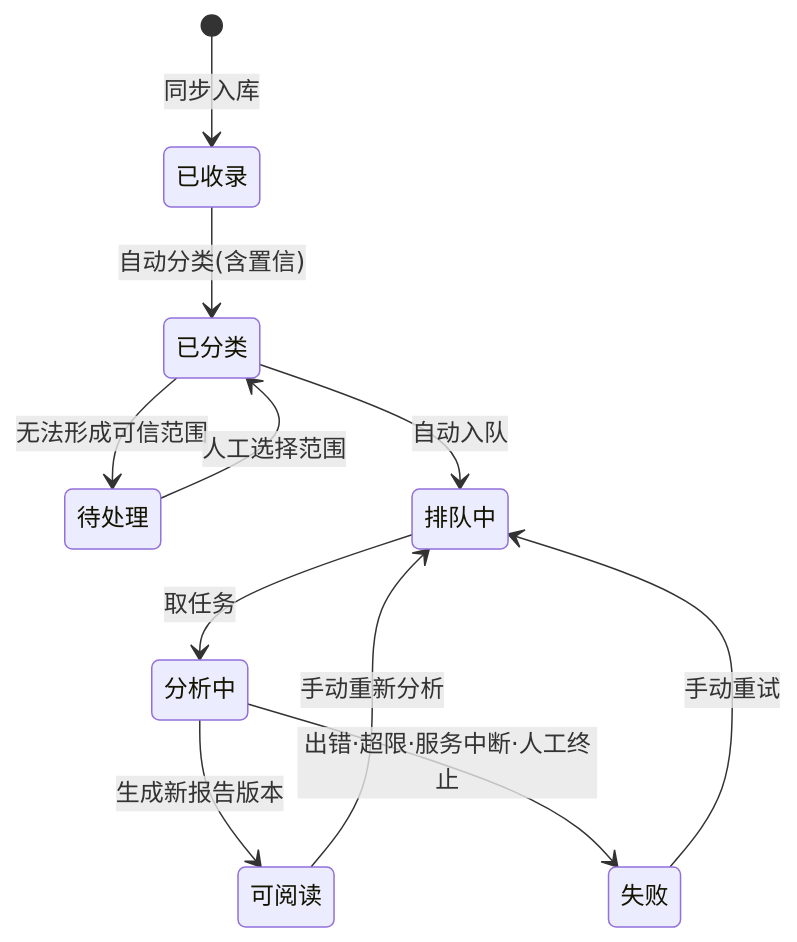
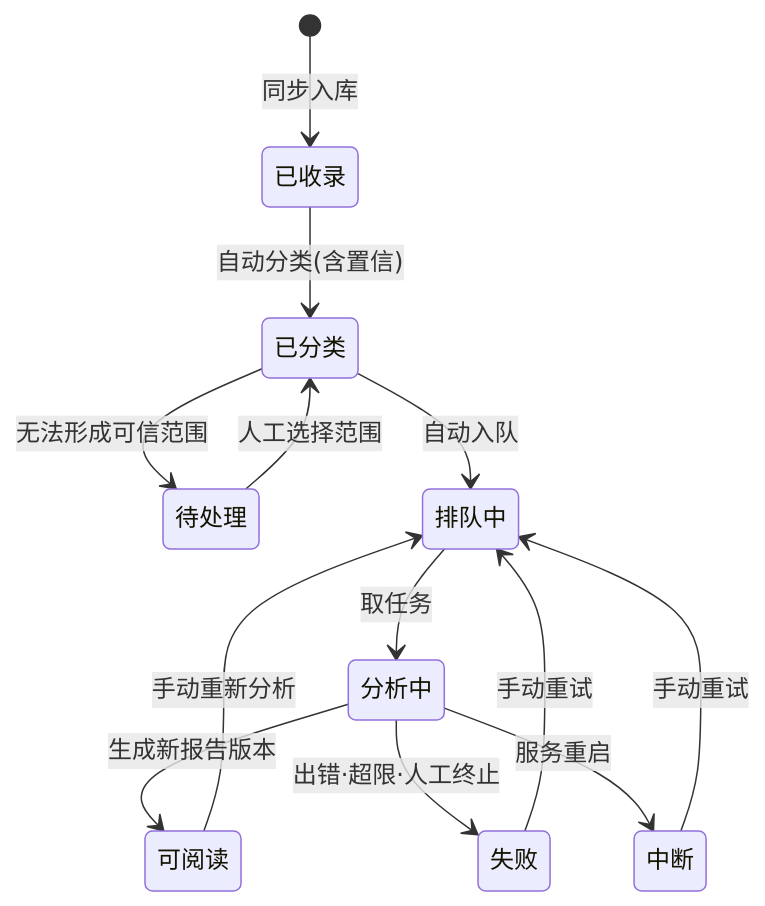
The second of 3 diagrams in docs/PRD.md (int2t05/StarDissect), drawn with Mermaid before and after one commit. The commit also changed 17 other files, not shown here.

````diff
--- a/docs/PRD.md
+++ b/docs/PRD.md
@@ -52,13 +52,15 @@
 ```mermaid
 stateDiagram-v2
   [*] --> 已收录: 同步入库
   已收录 --> 已分类: 自动分类(含置信)
   已分类 --> 待处理: 无法形成可信范围
   待处理 --> 已分类: 人工选择范围
   已分类 --> 排队中: 自动入队
   排队中 --> 分析中: 取任务
   分析中 --> 可阅读: 生成新报告版本
-  分析中 --> 失败: 出错·超限·服务中断·人工终止
+  分析中 --> 失败: 出错·超限·人工终止
+  分析中 --> 中断: 服务重启
+  中断 --> 排队中: 手动重试
   失败 --> 排队中: 手动重试
   可阅读 --> 排队中: 手动重新分析
 ```
````
